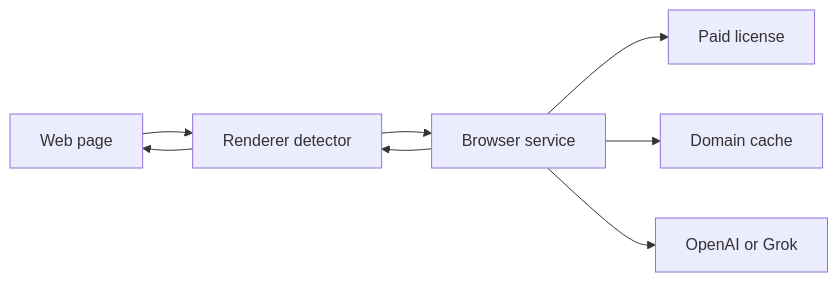
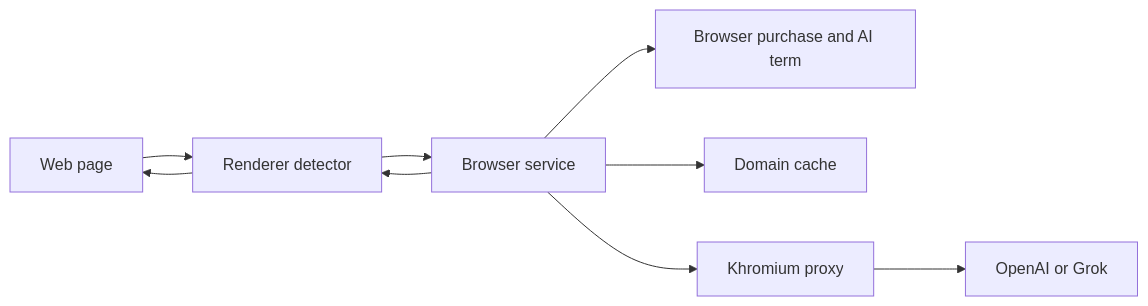
The diagram in README.md (KannanSA/Khromium), drawn with Mermaid before and after one commit. The commit also changed other lines of this file and 38 other files, not shown here.

First line of the commit message:
Replace Shield monthly and yearly plans with a browser purchase and monthly AI.

````diff
--- a/README.md
+++ b/README.md
@@ -7,10 +7,11 @@
 ```mermaid
 flowchart LR
   page[Web page] --> detector[Renderer detector]
   detector --> browser[Browser service]
-  browser --> license[Paid license]
+  browser --> license[Browser purchase and AI term]
   browser --> cache[Domain cache]
-  browser --> api[OpenAI or Grok]
+  browser --> proxy[Khromium proxy]
+  proxy --> api[OpenAI or Grok]
   browser --> detector
   detector --> page
 ```
````
